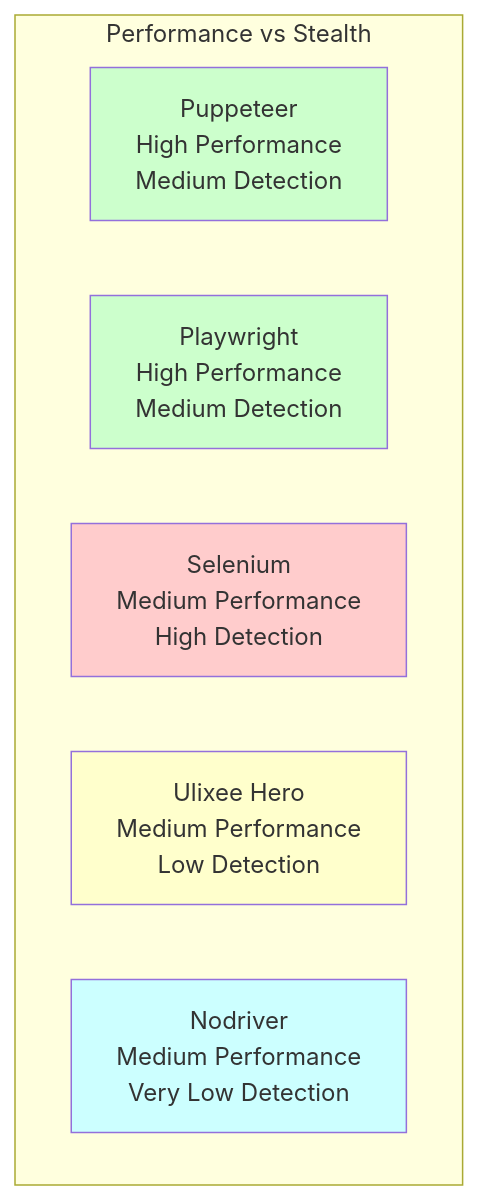
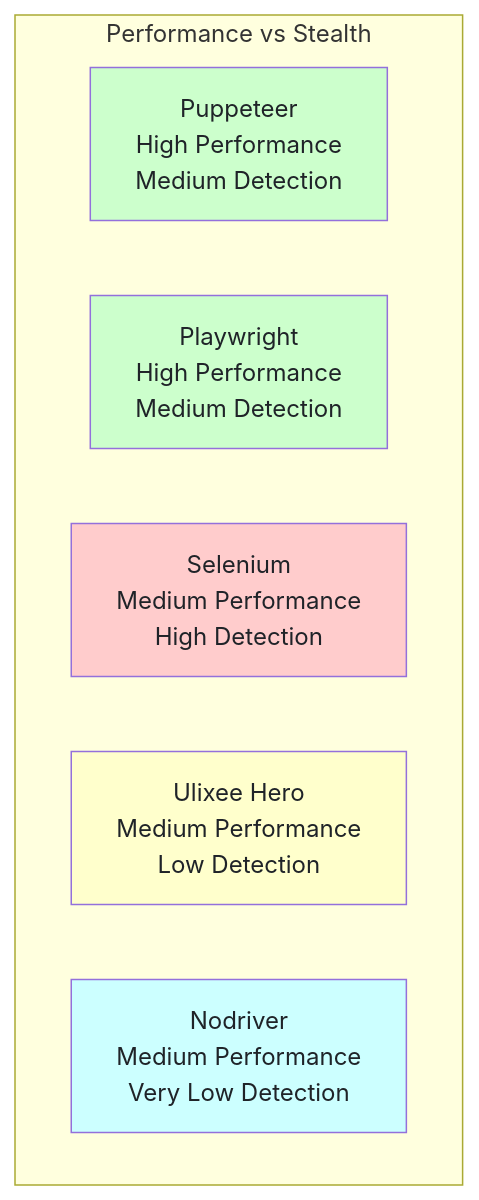
The second of 3 diagrams in _posts/2025-04-27-browser-automation-showdown-selenium-playwright-puppeteer-ulixee-hero-nodriver.md (bytetunnels/bytetunnels.github.com), drawn with Mermaid before and after one commit. The commit also changed other lines of this file and 118 other files, not shown here.

Commit message:
feat: improve diagram styling and compact wide flowcharts

````diff
--- a/_posts/2025-04-27-browser-automation-showdown-selenium-playwright-puppeteer-ulixee-hero-nodriver.md
+++ b/_posts/2025-04-27-browser-automation-showdown-selenium-playwright-puppeteer-ulixee-hero-nodriver.md
@@ -315,16 +315,16 @@
 ```mermaid
 graph TB
     subgraph "Performance vs Stealth"
         A[Puppeteer<br/>High Performance<br/>Medium Detection]
         B[Playwright<br/>High Performance<br/>Medium Detection]
         C[Selenium<br/>Medium Performance<br/>High Detection]
         D[Ulixee Hero<br/>Medium Performance<br/>Low Detection]
         E[Nodriver<br/>Medium Performance<br/>Very Low Detection]
     end
-    
-    style A fill:#ccffcc
-    style B fill:#ccffcc
-    style C fill:#ffcccc
-    style D fill:#ffffcc
-    style E fill:#ccffff
+
+    style A fill:#ccffcc,color:#1f2328
+    style B fill:#ccffcc,color:#1f2328
+    style C fill:#ffcccc,color:#1f2328
+    style D fill:#ffffcc,color:#1f2328
+    style E fill:#ccffff,color:#1f2328
 ```
````
